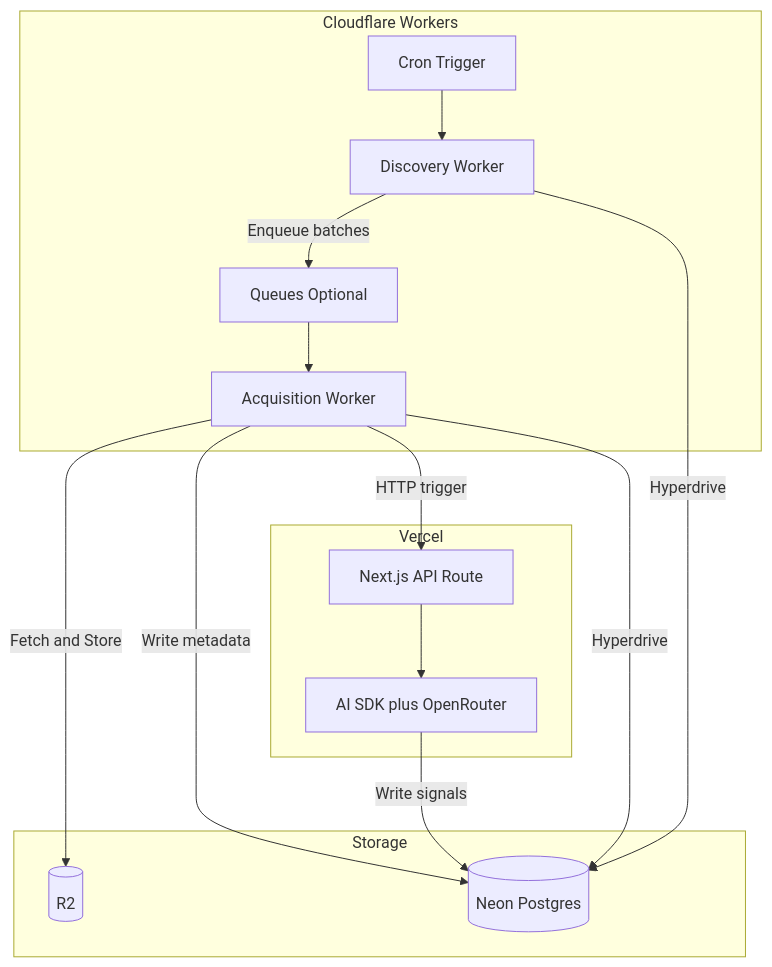
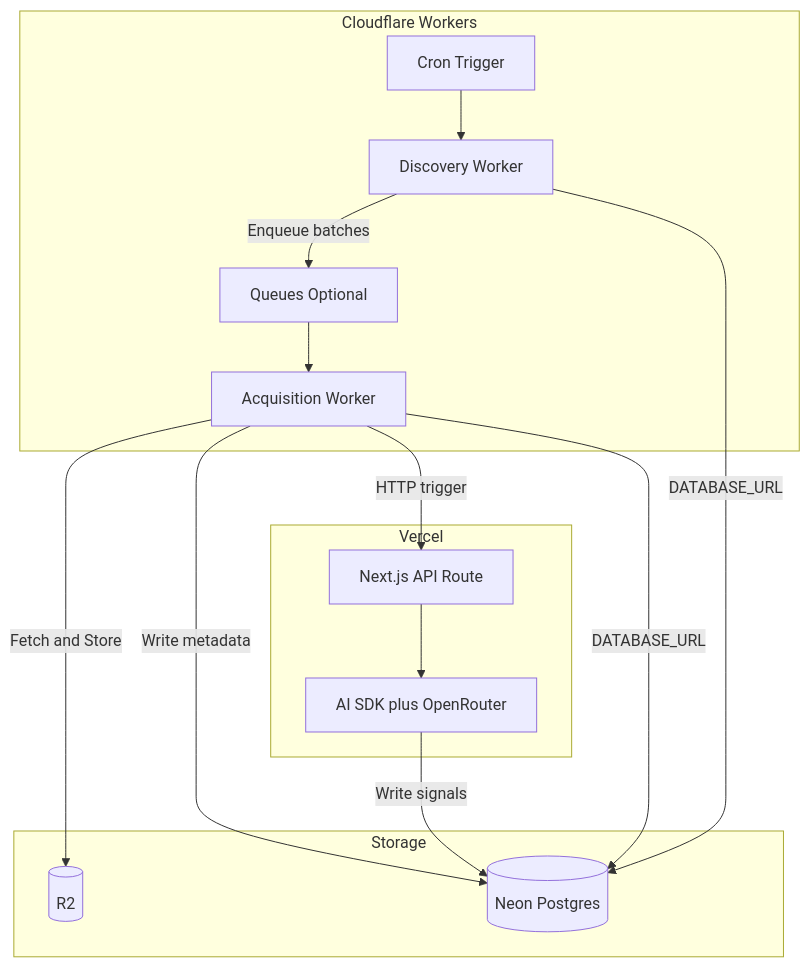
The diagram in docs/features/00-feature-roadmap.md (ramidecodes/agi-canary-index), drawn with Mermaid before and after one commit. The commit also changed other lines of this file and 8 other files, not shown here.

````diff
--- a/docs/features/00-feature-roadmap.md
+++ b/docs/features/00-feature-roadmap.md
@@ -10,30 +10,30 @@
 ```mermaid
 flowchart TB
     subgraph Cloudflare [Cloudflare Workers]
         Cron[Cron Trigger]
         Discovery[Discovery Worker]
         Queue[Queues Optional]
         Acquire[Acquisition Worker]
     end
 
     subgraph Vercel [Vercel]
         API[Next.js API Route]
         AI[AI SDK plus OpenRouter]
     end
 
     subgraph Storage [Storage]
         Neon[(Neon Postgres)]
         R2[(R2)]
     end
 
     Cron --> Discovery
     Discovery -->|Enqueue batches| Queue
     Queue --> Acquire
     Acquire -->|Fetch and Store| R2
     Acquire -->|Write metadata| Neon
     Acquire -->|HTTP trigger| API
     API --> AI
     AI -->|Write signals| Neon
-    Discovery -->|Hyperdrive| Neon
-    Acquire -->|Hyperdrive| Neon
+    Discovery -->|DATABASE_URL| Neon
+    Acquire -->|DATABASE_URL| Neon
 ```
````
